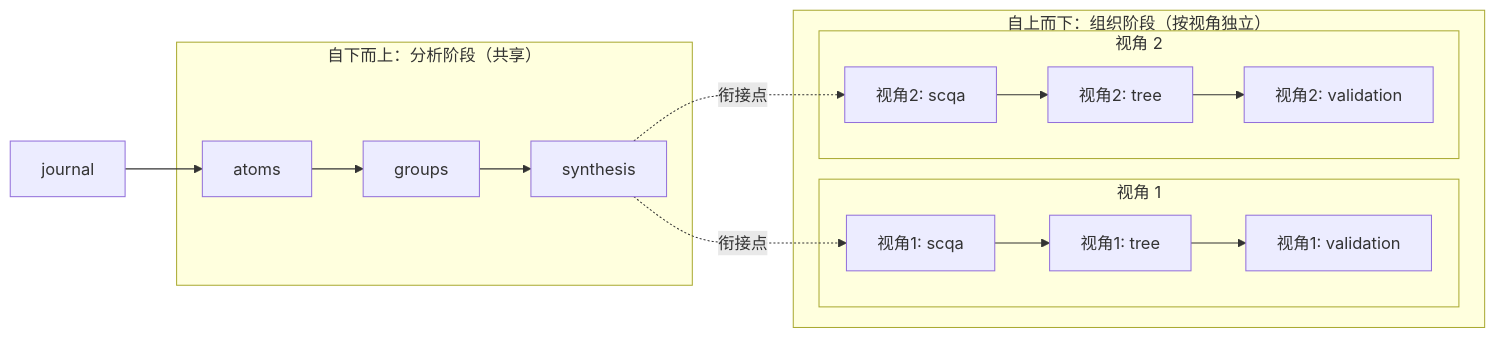
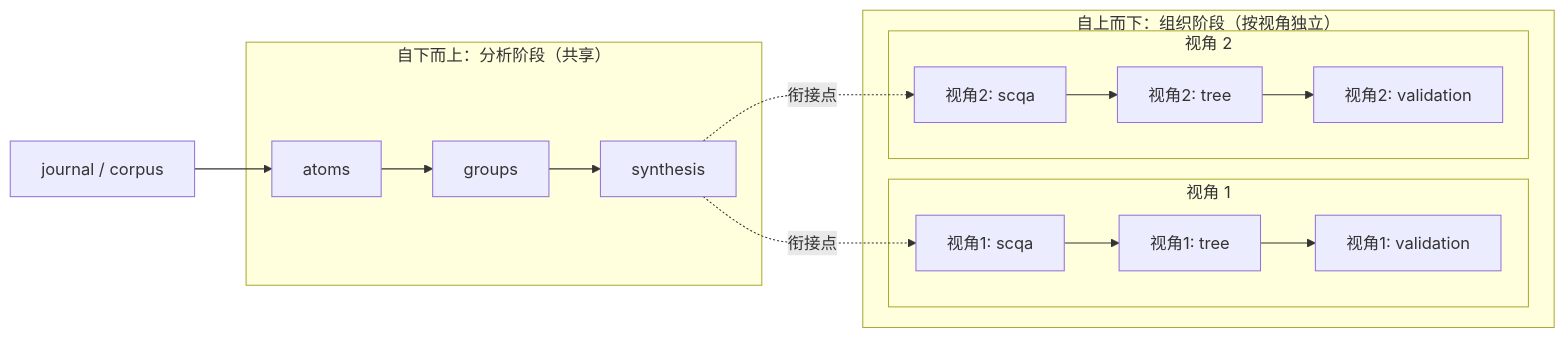
One commit to imjszhang/cyber-taoist changed the first of 2 diagrams in pyramid/README.md. Above: the diagram before and after it, drawn with Mermaid. The commit also changed other lines of this file and 7 other files, not shown here.

````diff
--- a/pyramid/README.md
+++ b/pyramid/README.md
@@ -12,31 +12,31 @@
 ```mermaid
 flowchart LR
-    J[journal] --> A[atoms]
+    J[journal / corpus] --> A[atoms]
     A --> G[groups]
     G --> S[synthesis]
     S -.->|"衔接点"| P1_SCQA["视角1: scqa"]
     S -.->|"衔接点"| P2_SCQA["视角2: scqa"]
     P1_SCQA --> P1_T["视角1: tree"]
     P1_T --> P1_V["视角1: validation"]
     P2_SCQA --> P2_T["视角2: tree"]
     P2_T --> P2_V["视角2: validation"]
 
     subgraph analysis ["自下而上：分析阶段（共享）"]
         A
         G
         S
     end
 
     subgraph structure ["自上而下：组织阶段（按视角独立）"]
         subgraph p1 ["视角 1"]
             P1_SCQA
             P1_T
             P1_V
         end
         subgraph p2 ["视角 2"]
             P2_SCQA
             P2_T
             P2_V
         end
     end
 ```
````
